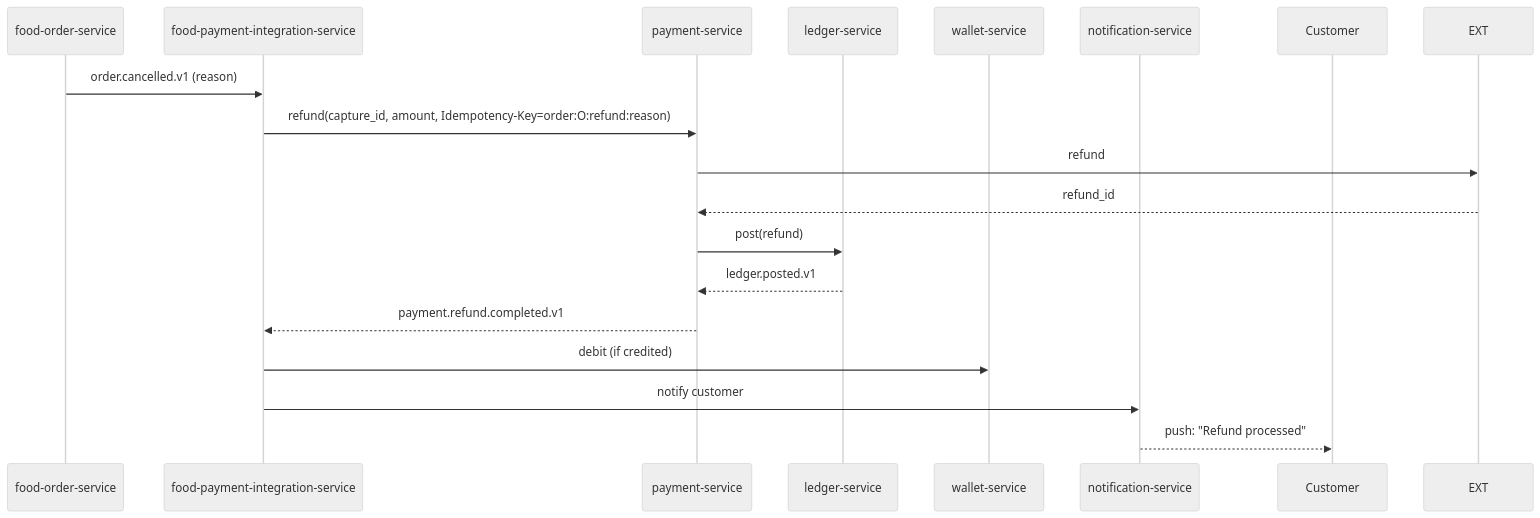
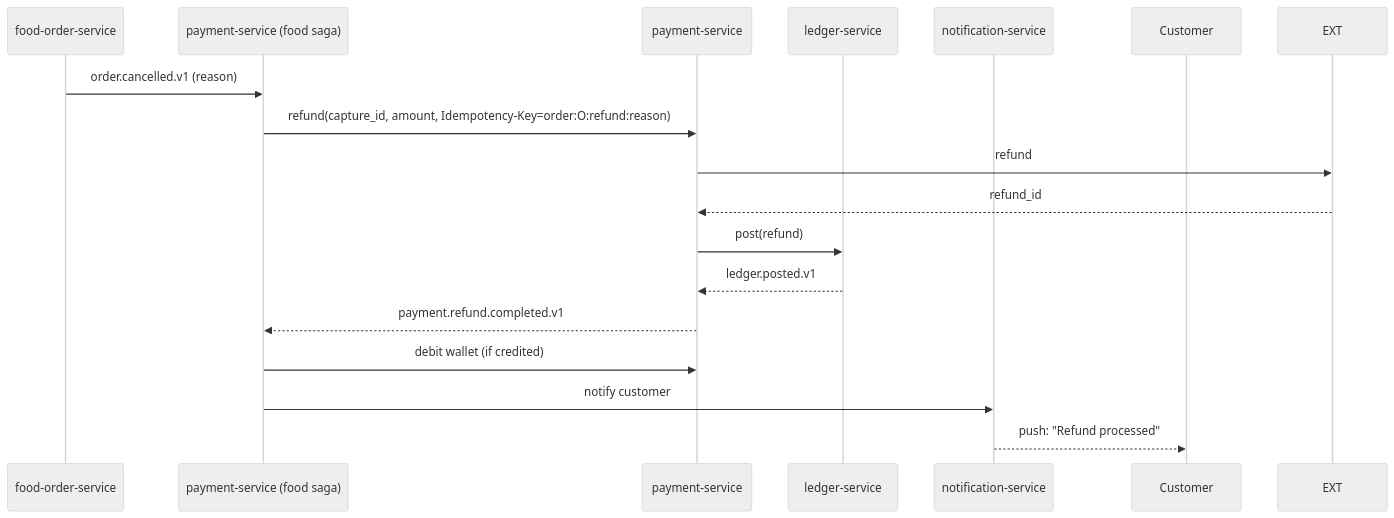
Before and after one commit to mohamedhabibwork/trips-enjoy-docs: the first of 6 diagrams in docs/workflows/REFUND_WORKFLOWS.md, drawn with Mermaid (neutral theme). The commit also changed other lines of this file and 525 other files, not shown here.

````diff
--- a/docs/workflows/REFUND_WORKFLOWS.md
+++ b/docs/workflows/REFUND_WORKFLOWS.md
@@ -25,21 +29,20 @@
 ```mermaid
 sequenceDiagram
     participant FOR as food-order-service
-    participant FPI as food-payment-integration-service
+    participant SAGA as payment-service (food saga)
     participant PAY as payment-service
     participant LD as ledger-service
-    participant WLT as wallet-service
     participant NOT as notification-service
     participant C as Customer
 
-    FOR->>FPI: order.cancelled.v1 (reason)
-    FPI->>PAY: refund(capture_id, amount, Idempotency-Key=order:O:refund:reason)
+    FOR->>SAGA: order.cancelled.v1 (reason)
+    SAGA->>PAY: refund(capture_id, amount, Idempotency-Key=order:O:refund:reason)
     PAY->>EXT: refund
     EXT-->>PAY: refund_id
     PAY->>LD: post(refund)
     LD-->>PAY: ledger.posted.v1
-    PAY-->>FPI: payment.refund.completed.v1
-    FPI->>WLT: debit (if credited)
-    FPI->>NOT: notify customer
+    PAY-->>SAGA: payment.refund.completed.v1
+    SAGA->>PAY: debit wallet (if credited)
+    SAGA->>NOT: notify customer
     NOT-->>C: push: "Refund processed"
 ```
````
